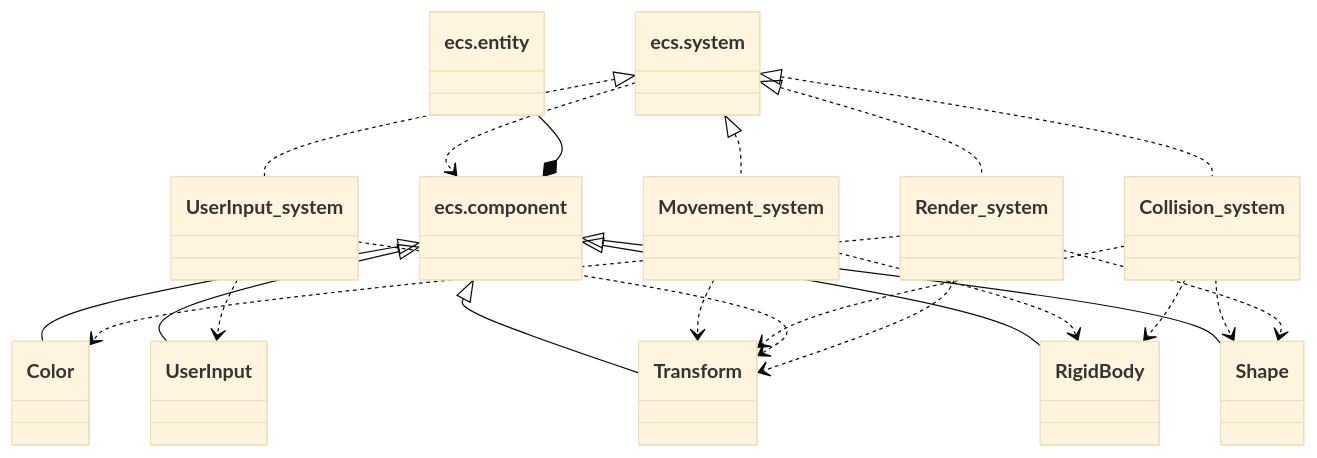
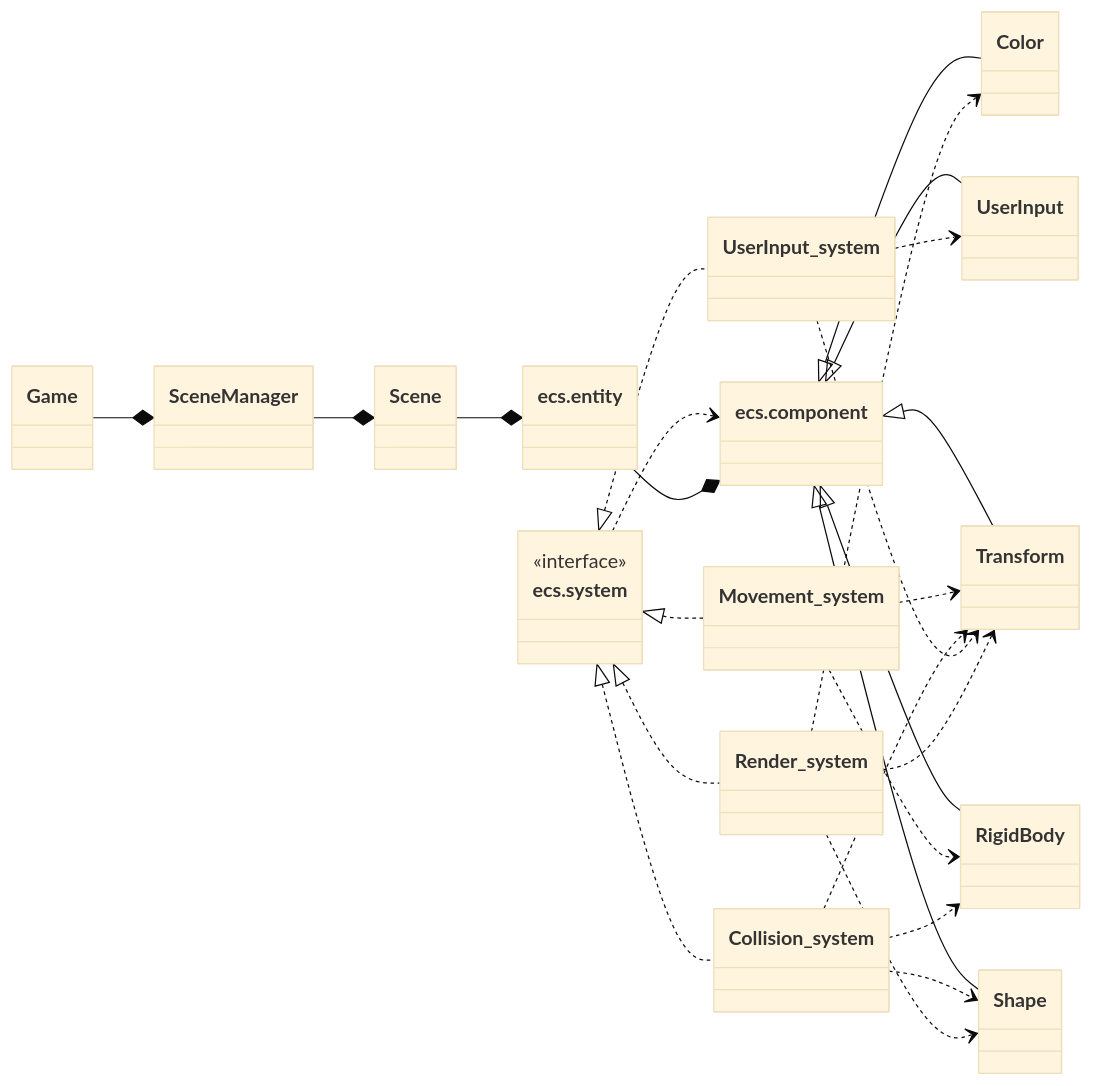
One commit to zaiverse/PSU.Ada.GameEngine changed the diagram in README.md. Above: the diagram before and after it, drawn with Mermaid (base theme).

Commit message:
update ecs diagram

````diff
--- a/README.md
+++ b/README.md
@@ -28,33 +28,41 @@
 ```mermaid
 classDiagram
 
+    direction LR
+
+    Game --* SceneManager
+    SceneManager --* Scene
+    Scene --* ecs.entity
+
     ecs.system ..> ecs.component 
+    <<interface>> ecs.system
+
     ecs.entity --*  ecs.component
 
     ecs.system <|.. Movement_system
     ecs.system <|.. Collision_system
     ecs.system <|.. UserInput_system
     ecs.system <|.. Render_system
 
     ecs.component <|-- Color
     ecs.component <|-- UserInput
     ecs.component <|-- Transform
     ecs.component <|-- RigidBody
     ecs.component <|-- Shape
 
     Movement_system ..> Transform
     Movement_system ..> RigidBody
     
     Collision_system ..> RigidBody
     Collision_system ..> Transform
     Collision_system ..> Shape
 
     UserInput_system ..> Transform
     UserInput_system ..> UserInput
 
     Render_system ..> Color
     Render_system ..> Transform
     Render_system ..> Shape
 
 
 ```
````
